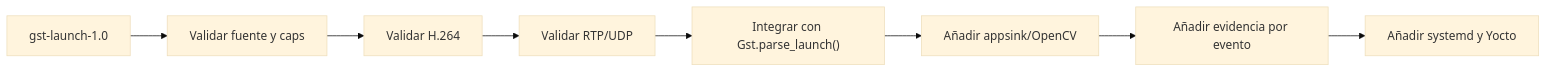
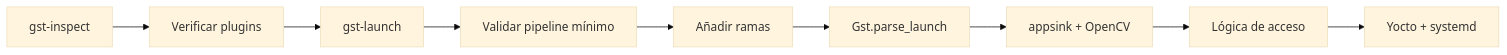
The fifth of 7 diagrams in docs/10_fundamentos_yocto_gstreamer.md (VeroC25/Project_1_Embebidos), drawn with Mermaid (base theme) before and after one commit. The commit also changed other lines of this file, not shown here.

````diff
--- a/docs/10_fundamentos_yocto_gstreamer.md
+++ b/docs/10_fundamentos_yocto_gstreamer.md
@@ -239,10 +1074,11 @@
 ```mermaid
 flowchart LR
-    A["gst-launch-1.0"] --> B["Validar fuente y caps"]
-    B --> C["Validar H.264"]
-    C --> D["Validar RTP/UDP"]
-    D --> E["Integrar con Gst.parse_launch()"]
-    E --> F["Añadir appsink/OpenCV"]
-    F --> G["Añadir evidencia por evento"]
-    G --> H["Añadir systemd y Yocto"]
+    A["gst-inspect"] --> B["Verificar plugins"]
+    B --> C["gst-launch"]
+    C --> D["Validar pipeline mínimo"]
+    D --> E["Añadir ramas"]
+    E --> F["Gst.parse_launch"]
+    F --> G["appsink + OpenCV"]
+    G --> H["Lógica de acceso"]
+    H --> I["Yocto + systemd"]
 ```
````
